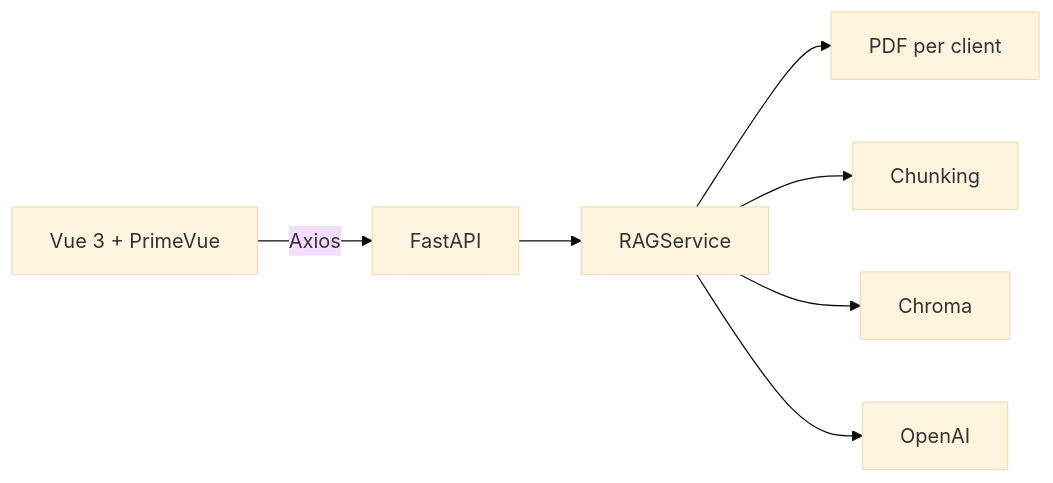
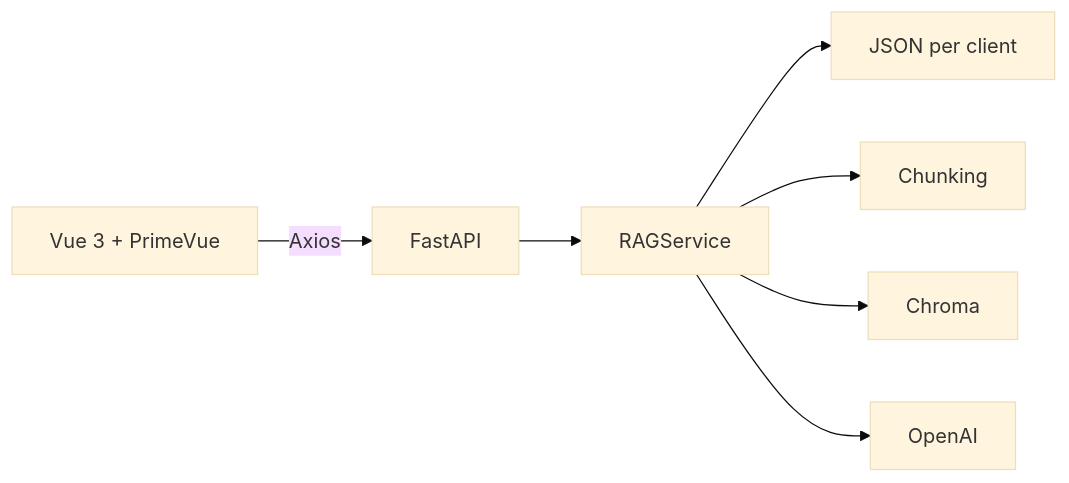
One commit to MishellRamosAcaro/fullstack_rag_com changed the diagram in README.md. Above: the diagram before and after it, drawn with Mermaid (base theme). The commit also changed other lines of this file and 1 other file, not shown here.

Commit message:
docs: update README with JSON assets and frontend preview

````diff
--- a/README.md
+++ b/README.md
@@ -38,9 +39,9 @@
 ```mermaid
 flowchart LR
     UI[Vue 3 + PrimeVue] -->|Axios| API[FastAPI]
     API --> RAG[RAGService]
-    RAG --> DOCS[PDF per client]
+    RAG --> DOCS[JSON per client]
     RAG --> SPLIT[Chunking]
     RAG --> VSTORE[Chroma]
     RAG --> LLM[OpenAI]
 ```
````
